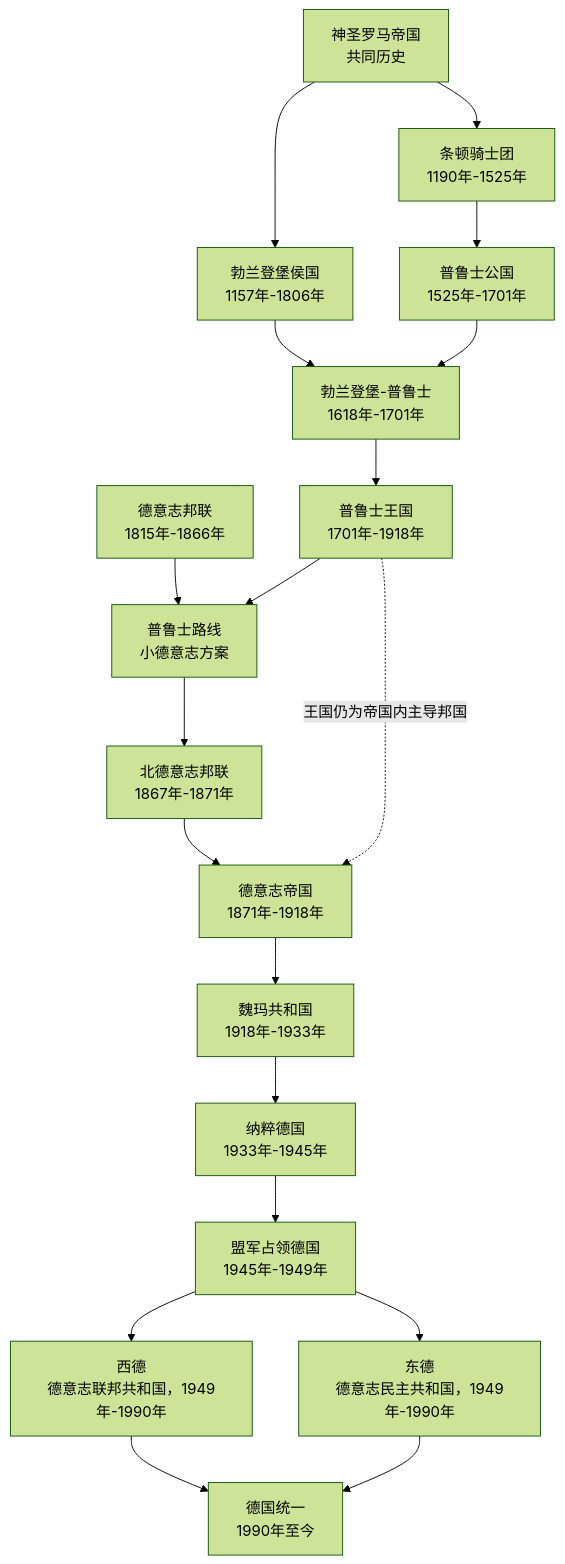
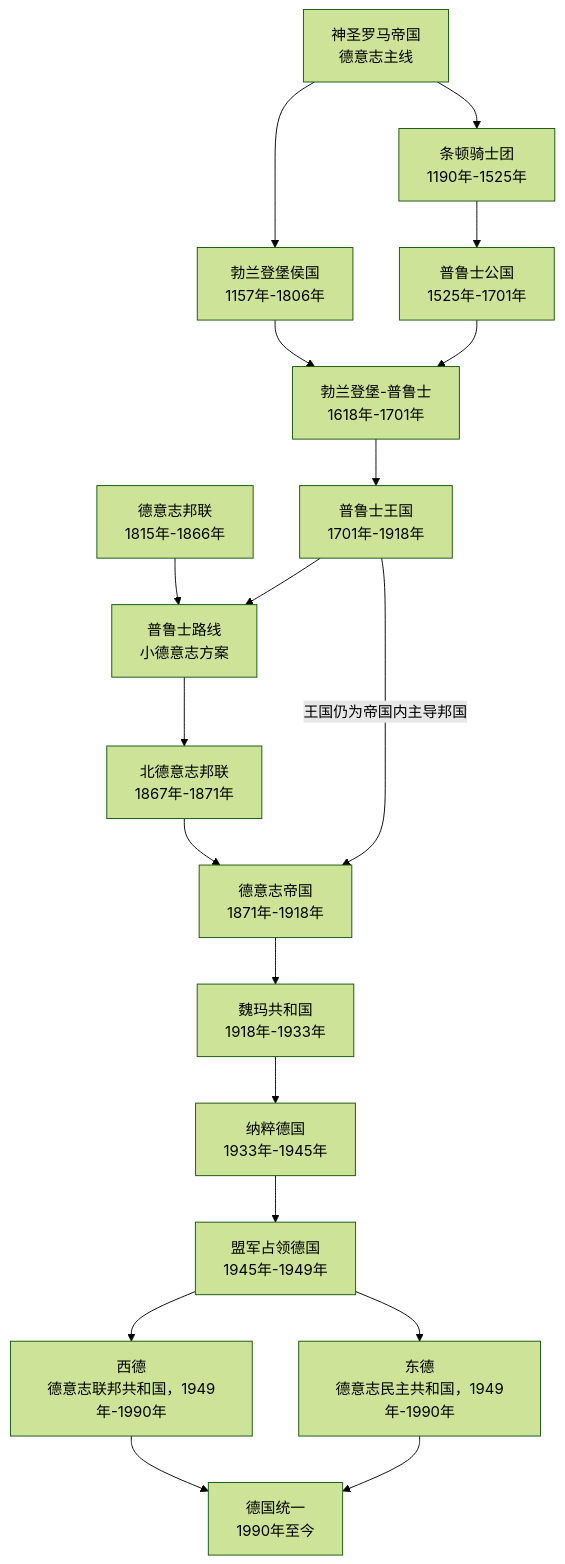
One commit to tianlan-dev/learning-notes changed the diagram in 人文科学/历史-外国/欧洲/德意志/德国/README.md. Above: the diagram before and after it, drawn with Mermaid (forest theme). The commit also changed other lines of this file and 87 other files, not shown here.

````diff
--- a/人文科学/历史-外国/欧洲/德意志/德国/README.md
+++ b/人文科学/历史-外国/欧洲/德意志/德国/README.md
@@ -9,22 +9,22 @@
 ```mermaid
 flowchart TD
-    A["神圣罗马帝国<br/>共同历史"] --> B1["勃兰登堡侯国<br/>1157年-1806年"]
+    A["神圣罗马帝国<br/>德意志主线"] --> B1["勃兰登堡侯国<br/>1157年-1806年"]
     A --> B2["条顿骑士团<br/>1190年-1525年"]
     B2 --> C2["普鲁士公国<br/>1525年-1701年"]
     B1 --> D["勃兰登堡-普鲁士<br/>1618年-1701年"]
     C2 --> D
     D --> E["普鲁士王国<br/>1701年-1918年"]
 
     F["德意志邦联<br/>1815年-1866年"] --> G["普鲁士路线<br/>小德意志方案"]
     E --> G
     G --> H["北德意志邦联<br/>1867年-1871年"]
     H --> I["德意志帝国<br/>1871年-1918年"]
-    E -."王国仍为帝国内主导邦国".-> I
+    E -->|王国仍为帝国内主导邦国| I
     I --> J["魏玛共和国<br/>1918年-1933年"]
     J --> K["纳粹德国<br/>1933年-1945年"]
     K --> L["盟军占领德国<br/>1945年-1949年"]
     L --> M1["西德<br/>德意志联邦共和国，1949年-1990年"]
     L --> M2["东德<br/>德意志民主共和国，1949年-1990年"]
     M1 --> N["德国统一<br/>1990年至今"]
     M2 --> N
 ```
````
